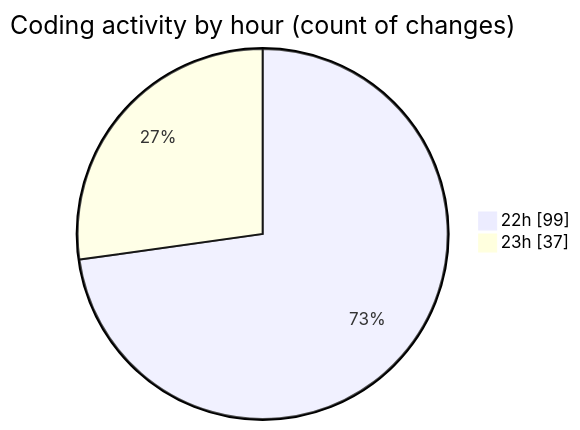
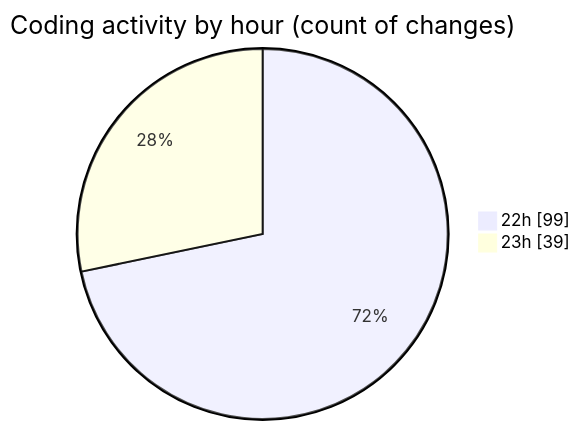
Before and after one commit to Ritupan-Deka/code-tracking: the second of 2 diagrams in 2026-01-10/dsa/README.md, drawn with Mermaid. The commit also changed other lines of this file and 1 other file, not shown here.

````diff
--- a/2026-01-10/dsa/README.md
+++ b/2026-01-10/dsa/README.md
@@ -30,6 +30,6 @@
 ```mermaid
 pie showData
 title Coding activity by hour (count of changes)
 "22h" : 99
-"23h" : 37
+"23h" : 39
 ```
````
